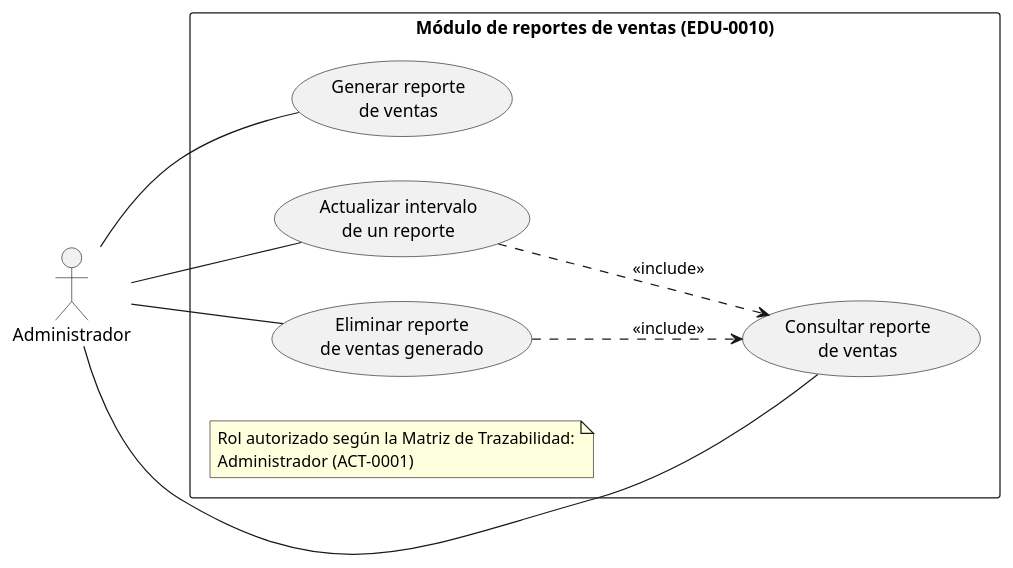
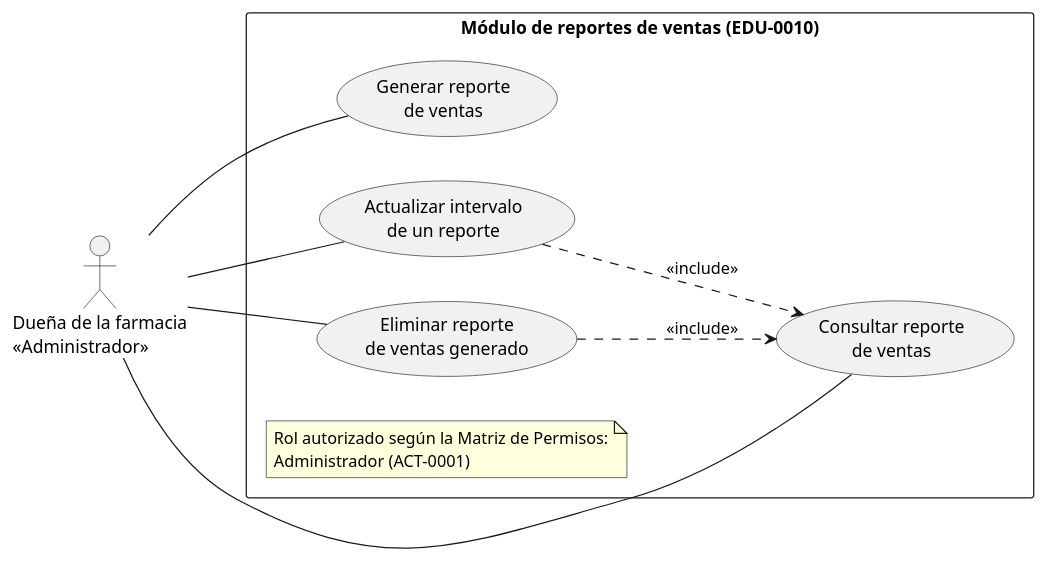
The diagram in docs/diagramas/plaintext-CasosUso/CU-06_Reportes_Ventas.puml (Luis-Ayben-Chahua-Charca/Farmasil_App), drawn with PlantUML before and after one commit. The commit also changed 37 other files, not shown here.

First line of the commit message:
docs(comportamiento): elaborar los diagramas de comportamiento y alinear la coherencia del catálogo (#58)

```diff
--- a/docs/diagramas/plaintext-CasosUso/CU-06_Reportes_Ventas.puml
+++ b/docs/diagramas/plaintext-CasosUso/CU-06_Reportes_Ventas.puml
@@ -1,24 +1,24 @@
 @startuml
 left to right direction
 
-actor "Administrador" as Admin
+actor "Dueña de la farmacia\n<<Administrador>>" as Admin
 
 rectangle "Módulo de reportes de ventas (EDU-0010)" {
 
     usecase "Generar reporte\nde ventas" as RV1
     usecase "Actualizar intervalo\nde un reporte" as RV2
     usecase "Consultar reporte\nde ventas" as RV3
     usecase "Eliminar reporte\nde ventas generado" as RV4
 
     RV2 ..> RV3 : <<include>>
     RV4 ..> RV3 : <<include>>
 
-    note "Rol autorizado según la Matriz de Trazabilidad:\nAdministrador (ACT-0001)" as N1
+    note "Rol autorizado según la Matriz de Permisos:\nAdministrador (ACT-0001)" as N1
 }
 
 Admin -- RV1
 Admin -- RV2
 Admin -- RV3
 Admin -- RV4
 
 @enduml
```
